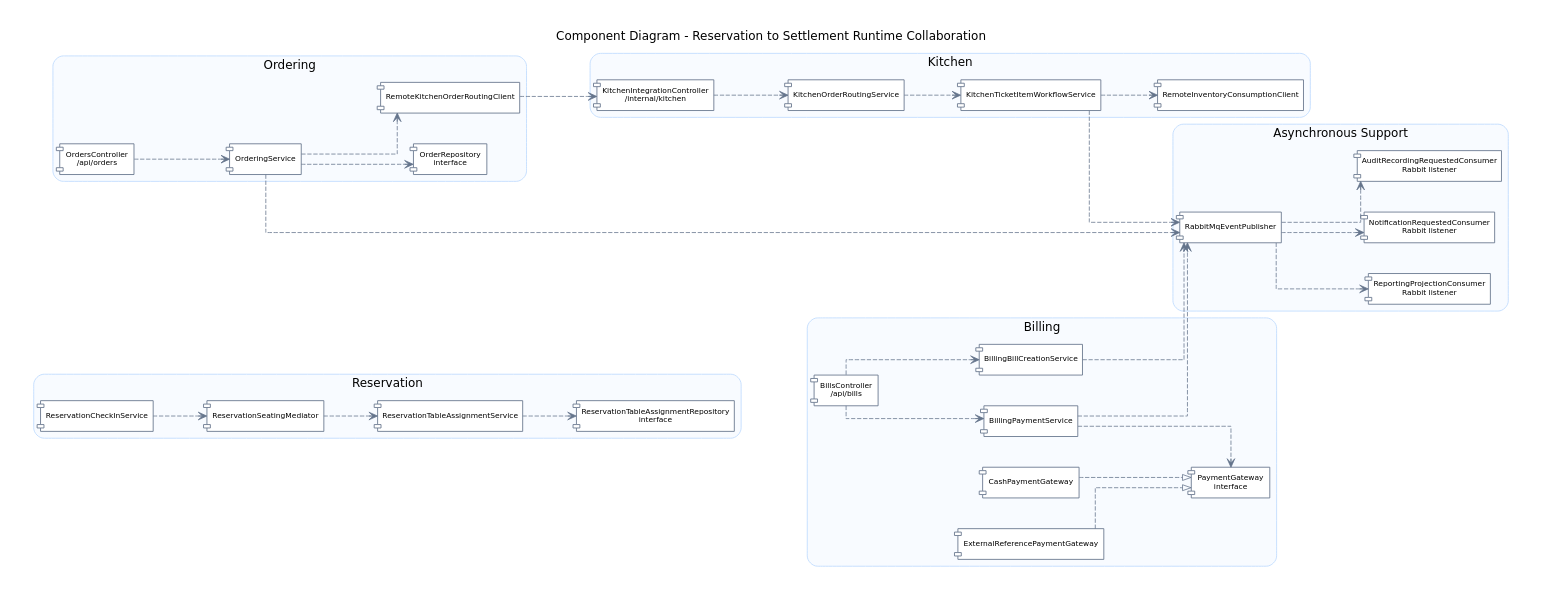
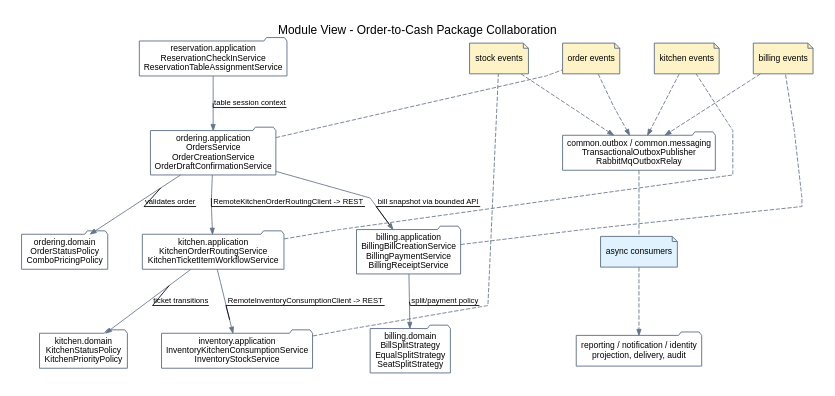
One commit to lehoangluan1/SA_IRMS changed the diagram in assets/diagrams/source/architecture/35_module_view_order_to_cash_slices.dot. Above: the diagram before and after it, drawn with Graphviz. The commit also changed 124 other files, not shown here.

```diff
--- a/assets/diagrams/source/architecture/35_module_view_order_to_cash_slices.dot
+++ b/assets/diagrams/source/architecture/35_module_view_order_to_cash_slices.dot
@@ -1,102 +1,63 @@
 digraph G {
   graph [
-    rankdir=LR,
-    newrank=true,
+    rankdir=TB,
     compound=true,
     bgcolor="white",
-    pad=0.34,
-    nodesep=0.50,
-    ranksep=0.88,
-    splines=ortho,
-    fontname="DejaVu Sans",
+    pad=0.25,
+    nodesep=0.55,
+    ranksep=0.75,
+    splines=polyline,
+    fontname="Arial",
     labelloc="t",
-    label="Component Diagram - Reservation to Settlement Runtime Collaboration"
+    label="Module View - Order-to-Cash Package Collaboration"
   ];
 
-  node [shape=component, style="rounded,filled", fillcolor="#FFFFFF", color="#64748B", penwidth=1.0, fontname="DejaVu Sans", fontsize=8.8, margin="0.10,0.06"];
-  edge [style=dashed, arrowhead=vee, color="#64748B", penwidth=0.9, fontname="DejaVu Sans", fontsize=7.8];
+  node [
+    shape=folder,
+    style="filled",
+    fillcolor="#FFFFFF",
+    color="#64748B",
+    penwidth=1.1,
+    fontname="Arial",
+    fontsize=10,
+    margin="0.08,0.05"
+  ];
+  edge [color="#64748B", fontname="Arial", fontsize=9, arrowsize=0.7, labeldistance=1.2, labelangle=20, decorate=true];
 
-  subgraph cluster_reservation {
-    label="Reservation";
-    color="#BFDBFE";
-    style="rounded,filled";
-    fillcolor="#F8FBFF";
-    ReservationCheckInService [label="ReservationCheckInService"];
-    ReservationTableAssignmentService [label="ReservationTableAssignmentService"];
-    ReservationSeatingMediator [label="ReservationSeatingMediator"];
-    ReservationTableAssignmentRepository [label="ReservationTableAssignmentRepository\ninterface"];
-  }
+  res_app [label="reservation.application\nReservationCheckInService\nReservationTableAssignmentService"];
+  ord_app [label="ordering.application\nOrdersService\nOrderCreationService\nOrderDraftConfirmationService"];
+  ord_domain [label="ordering.domain\nOrderStatusPolicy\nComboPricingPolicy"];
+  kit_app [label="kitchen.application\nKitchenOrderRoutingService\nKitchenTicketItemWorkflowService"];
+  kit_domain [label="kitchen.domain\nKitchenStatusPolicy\nKitchenPriorityPolicy"];
+  bill_app [label="billing.application\nBillingBillCreationService\nBillingPaymentService\nBillingReceiptService"];
+  bill_domain [label="billing.domain\nBillSplitStrategy\nEqualSplitStrategy\nSeatSplitStrategy"];
+  inv_app [label="inventory.application\nInventoryKitchenConsumptionService\nInventoryStockService"];
+  common_async [label="common.outbox / common.messaging\nTransactionalOutboxPublisher\nRabbitMqOutboxRelay"];
+  support [label="reporting / notification / identity\nprojection, delivery, audit"];
 
-  subgraph cluster_ordering {
-    label="Ordering";
-    color="#BFDBFE";
-    style="rounded,filled";
-    fillcolor="#F8FBFF";
-    OrdersController [label="OrdersController\n/api/orders"];
-    OrderingService [label="OrderingService"];
-    OrderRepository [label="OrderRepository\ninterface"];
-    RemoteKitchenOrderRoutingClient [label="RemoteKitchenOrderRoutingClient"];
-  }
+  order_events_note [shape=note, fillcolor="#FEF3C7", label="order events"];
+  kitchen_events_note [shape=note, fillcolor="#FEF3C7", label="kitchen events"];
+  billing_events_note [shape=note, fillcolor="#FEF3C7", label="billing events"];
+  stock_events_note [shape=note, fillcolor="#FEF3C7", label="stock events"];
+  consumers_note [shape=note, fillcolor="#E0F2FE", label="async consumers"];
 
-  subgraph cluster_kitchen {
-    label="Kitchen";
-    color="#BFDBFE";
-    style="rounded,filled";
-    fillcolor="#F8FBFF";
-    KitchenIntegrationController [label="KitchenIntegrationController\n/internal/kitchen"];
-    KitchenOrderRoutingService [label="KitchenOrderRoutingService"];
-    KitchenTicketItemWorkflowService [label="KitchenTicketItemWorkflowService"];
-    RemoteInventoryConsumptionClient [label="RemoteInventoryConsumptionClient"];
-  }
+  res_app -> ord_app [label="table session context"];
+  ord_app -> ord_domain [label="validates order"];
+  ord_app -> kit_app [label="RemoteKitchenOrderRoutingClient -> REST"];
+  kit_app -> kit_domain [label="ticket transitions"];
+  kit_app -> inv_app [label="RemoteInventoryConsumptionClient -> REST"];
+  ord_app -> bill_app [label="bill snapshot via bounded API"];
+  bill_app -> bill_domain [label="split/payment policy"];
 
-  subgraph cluster_billing {
-    label="Billing";
-    color="#BFDBFE";
-    style="rounded,filled";
-    fillcolor="#F8FBFF";
-    BillsController [label="BillsController\n/api/bills"];
-    BillingBillCreationService [label="BillingBillCreationService"];
-    BillingPaymentService [label="BillingPaymentService"];
-    PaymentGateway [label="PaymentGateway\ninterface"];
-    CashPaymentGateway [label="CashPaymentGateway"];
-    ExternalReferencePaymentGateway [label="ExternalReferencePaymentGateway"];
-  }
+  ord_app -> order_events_note [style=dashed, arrowhead=none, constraint=false];
+  kit_app -> kitchen_events_note [style=dashed, arrowhead=none, constraint=false];
+  bill_app -> billing_events_note [style=dashed, arrowhead=none, constraint=false];
+  inv_app -> stock_events_note [style=dashed, arrowhead=none, constraint=false];
 
-  subgraph cluster_async {
-    label="Asynchronous Support";
-    color="#BFDBFE";
-    style="rounded,filled";
-    fillcolor="#F8FBFF";
-    RabbitMqEventPublisher [label="RabbitMqEventPublisher"];
-    ReportingProjectionConsumer [label="ReportingProjectionConsumer\nRabbit listener"];
-    NotificationRequestedConsumer [label="NotificationRequestedConsumer\nRabbit listener"];
-    AuditRecordingRequestedConsumer [label="AuditRecordingRequestedConsumer\nRabbit listener"];
-  }
-
-  ReservationCheckInService -> ReservationSeatingMediator;
-  ReservationSeatingMediator -> ReservationTableAssignmentService;
-  ReservationTableAssignmentService -> ReservationTableAssignmentRepository;
-
-  OrdersController -> OrderingService;
-  OrderingService -> OrderRepository;
-  OrderingService -> RemoteKitchenOrderRoutingClient;
-  OrderingService -> RabbitMqEventPublisher;
-
-  RemoteKitchenOrderRoutingClient -> KitchenIntegrationController;
-  KitchenIntegrationController -> KitchenOrderRoutingService;
-  KitchenOrderRoutingService -> KitchenTicketItemWorkflowService;
-  KitchenTicketItemWorkflowService -> RemoteInventoryConsumptionClient;
-  KitchenTicketItemWorkflowService -> RabbitMqEventPublisher;
-
-  BillsController -> BillingBillCreationService;
-  BillsController -> BillingPaymentService;
-  BillingPaymentService -> PaymentGateway;
-  CashPaymentGateway -> PaymentGateway [arrowhead=empty, style=dashed];
-  ExternalReferencePaymentGateway -> PaymentGateway [arrowhead=empty, style=dashed];
-  BillingBillCreationService -> RabbitMqEventPublisher;
-  BillingPaymentService -> RabbitMqEventPublisher;
-
-  RabbitMqEventPublisher -> ReportingProjectionConsumer;
-  RabbitMqEventPublisher -> NotificationRequestedConsumer;
-  RabbitMqEventPublisher -> AuditRecordingRequestedConsumer;
+  order_events_note -> common_async [style=dashed];
+  kitchen_events_note -> common_async [style=dashed];
+  billing_events_note -> common_async [style=dashed];
+  stock_events_note -> common_async [style=dashed];
+  common_async -> consumers_note [style=dashed, arrowhead=none];
+  consumers_note -> support [style=dashed];
 }
```
